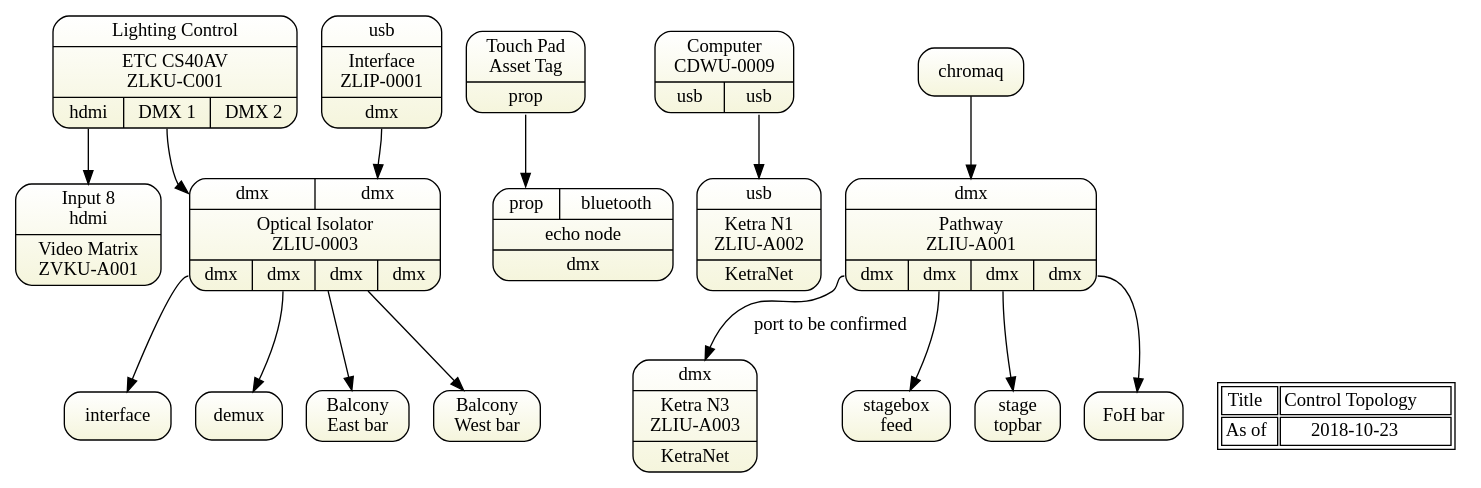
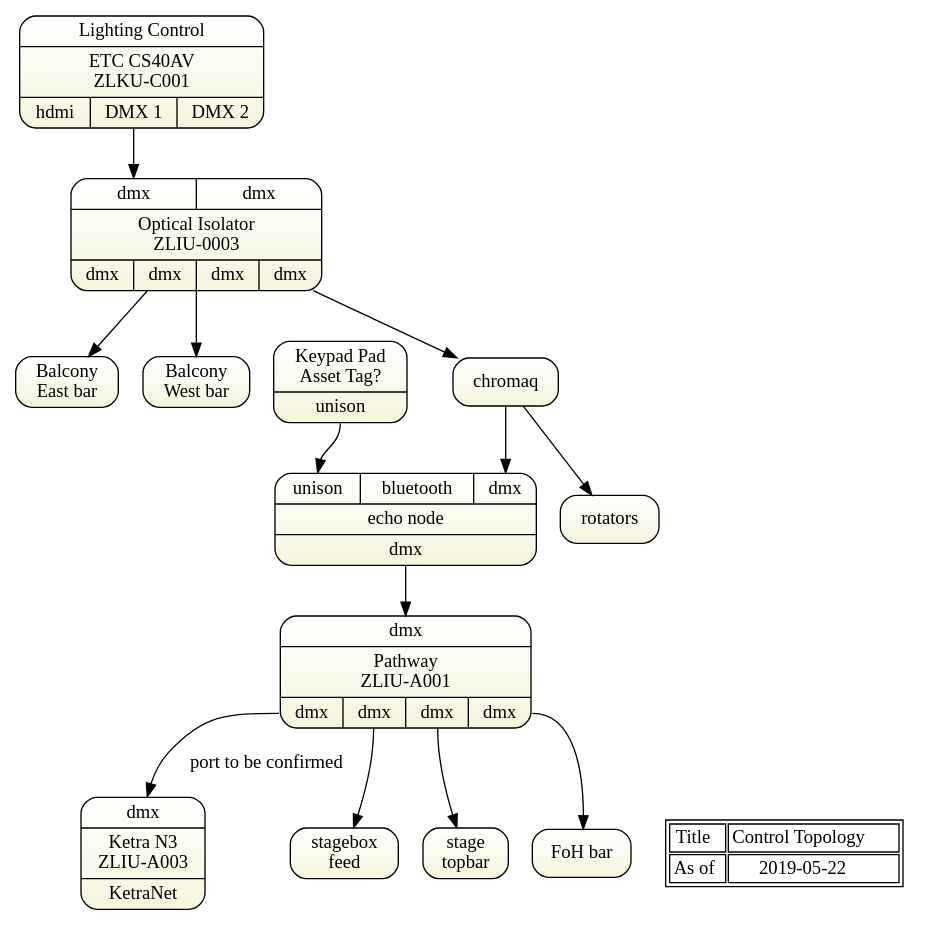
Before and after one commit to avmaint/uactechdoc: the diagram in sdl-topology1-control.gv, drawn with Graphviz. The commit also changed 4 other files, not shown here.

```diff
--- a/sdl-topology1-control.gv
+++ b/sdl-topology1-control.gv
@@ -1,68 +1,56 @@
 digraph topology1 { 
 graph [overlap = true, fontsize = 10, rankdir=TB 
       tooltip="Control Topology - DMX",
       fontname = Helvetica]
 
 node [shape=Mrecord, tooltip="" , 
       fillcolor="white:beige" , style=filled  
       gradientangle=270]
       
 console [label="{Lighting Control|ETC CS40AV\nZLKU-C001|{<hdmi>hdmi|<dmx1>DMX 1|<dmx2>DMX 2}}"]
 
-echo [label="{Touch Pad\nAsset Tag|<p>prop}"]
-echo2 [label="{{<p>prop|<bt>bluetooth}|echo node|dmx}"]
+keypad [label="{Keypad Pad\nAsset Tag?|<p>unison}"]
+echo2 [label="{{<p>unison|<bt>bluetooth|<dmx>dmx}|echo node|dmx}"]
 
-echo:p -> echo2:p
-
-computer [label="{{Computer\nCDWU-0009}|{ <o1>usb|<o2>usb }}"]
-
-n1 [label="{<i>usb|Ketra N1\nZLIU-A002|KetraNet}"]
-computer:o2 -> n1:i
-
-matrix [label="{<i>Input 8\nhdmi|Video Matrix\nZVKU-A001}"]
-console:hdmi   -> matrix:i8
+keypad:p -> echo2:p  
 
 optoisolator [label="{{<i1>dmx|<i2>dmx}|Optical Isolator\nZLIU-0003|{<o1>dmx|<o2>dmx|<o3>dmx|<o4>dmx}}"]
-
-usbdmx [label="{<i>usb|Interface\nZLIP-0001|<o>dmx}"] 
 
 pathway [label="{<i>dmx|Pathway\nZLIU-A001|{<o1>dmx|<o2>dmx|<o3>dmx|<o4>dmx}}"]
 
 n3 [label="{<i>dmx|Ketra N3\nZLIU-A003|<o>KetraNet}"]
 
 stage [label="stagebox\nfeed"]
 topbar [label="stage\ntopbar"]
 fohbar [label="FoH bar"]
 balebar [label="Balcony\nEast bar"]
 balwbar [label="Balcony\nWest bar"]
 
 optoisolator -> balebar
 optoisolator -> balwbar
 
-chromaq:o1 -> pathway
+optoisolator -> chromaq
+chromaq:o1 -> echo2:dmx
+chromaq -> rotators
+echo2 -> pathway
+
 pathway:o1 -> n3 [label="port to be confirmed"]
 pathway:o2 -> stage
 pathway:o3 -> topbar
 pathway:o4 -> fohbar
 
 console:dmx1 -> optoisolator:i1
 
-optoisolator:o1 -> interface:dmx     
-optoisolator:o2 -> demux:i
- 
-usbdmx:o -> optoisolator:i2
-
 Node [shape=plaintext, fillcolor=white]
 stamp [label= <<table>
 <tr><td>Title</td>
     <td>Control Topology</td>
 </tr>    
 <tr><td>As of</td>
-    <td>2018-10-23</td>
+    <td>2019-05-22</td>
 </tr>
    
 </table>> ]  
 
 {rank=same; stamp n3}
-{rank=same; console computer}
  } 
```
